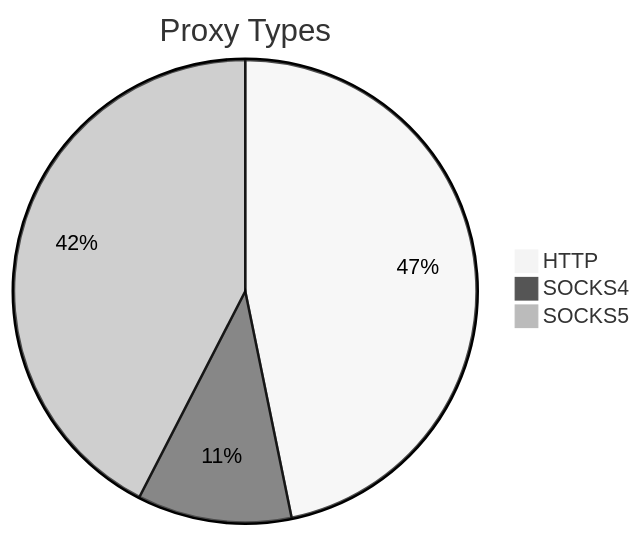
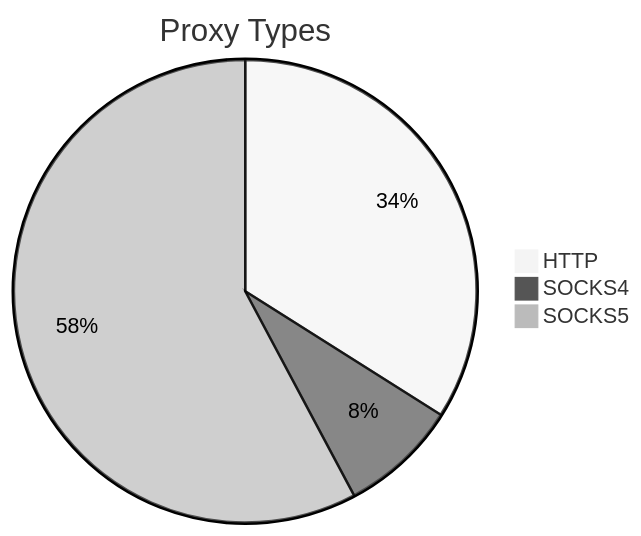
One commit to stormsia/proxy-list changed the first of 2 diagrams in README.md. Above: the diagram before and after it, drawn with Mermaid (neutral theme). The commit also changed other lines of this file, not shown here.

````diff
--- a/README.md
+++ b/README.md
@@ -21,6 +21,6 @@
 ```mermaid
 pie title Proxy Types
-    "HTTP" : 786
-    "SOCKS4" : 181
-    "SOCKS5" : 713
+    "HTTP" : 499
+    "SOCKS4" : 121
+    "SOCKS5" : 849
 ```
````
